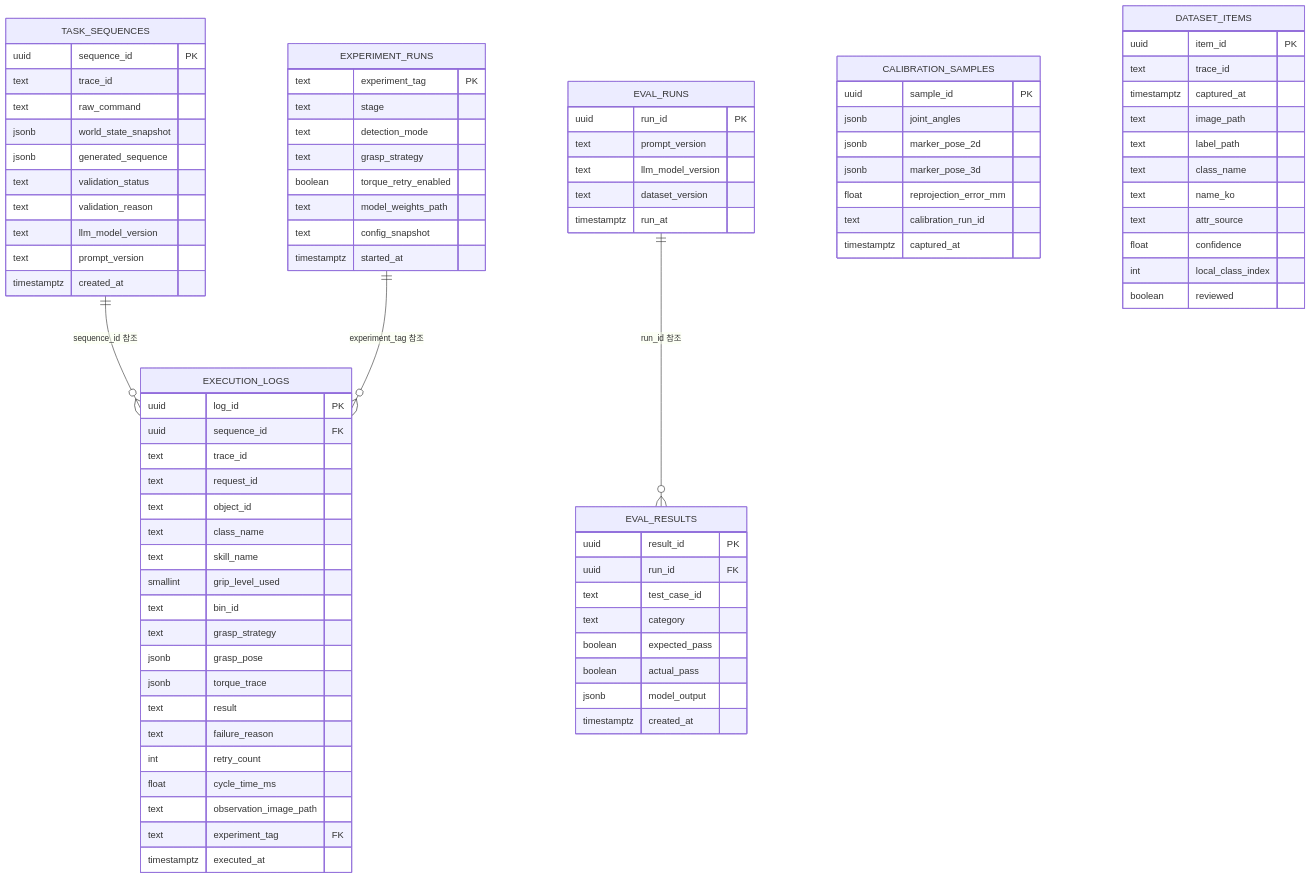
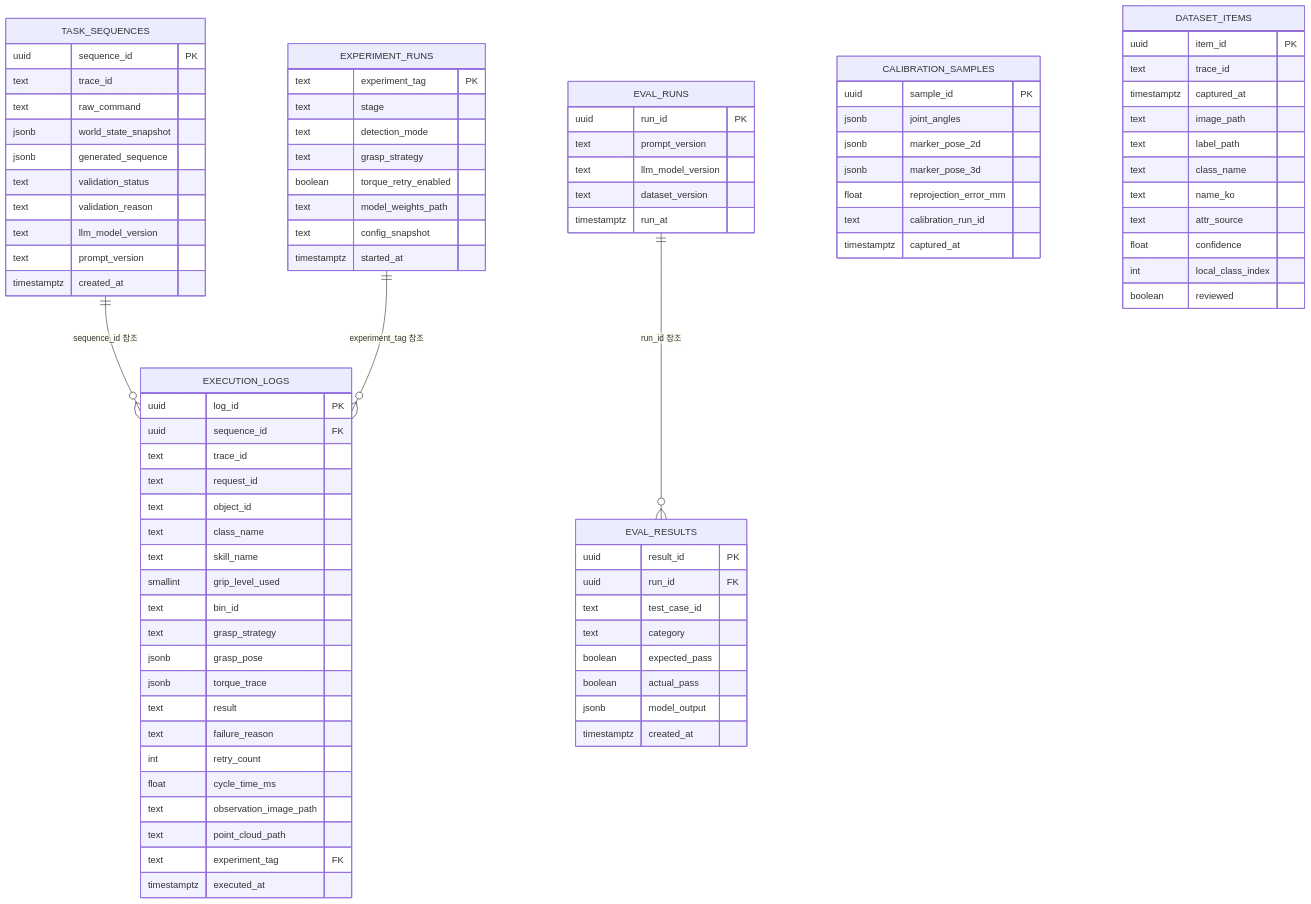
The diagram in docs/시스템명세서.md (Haeyuni/PiecePickingSystem), drawn with Mermaid before and after one commit. The commit also changed other lines of this file and 2 other files, not shown here.

```diff
--- a/docs/시스템명세서.md
+++ b/docs/시스템명세서.md
@@ -97,6 +97,7 @@
         int retry_count
         float cycle_time_ms
         text observation_image_path
+        text point_cloud_path
         text experiment_tag FK
         timestamptz executed_at
     }
```
